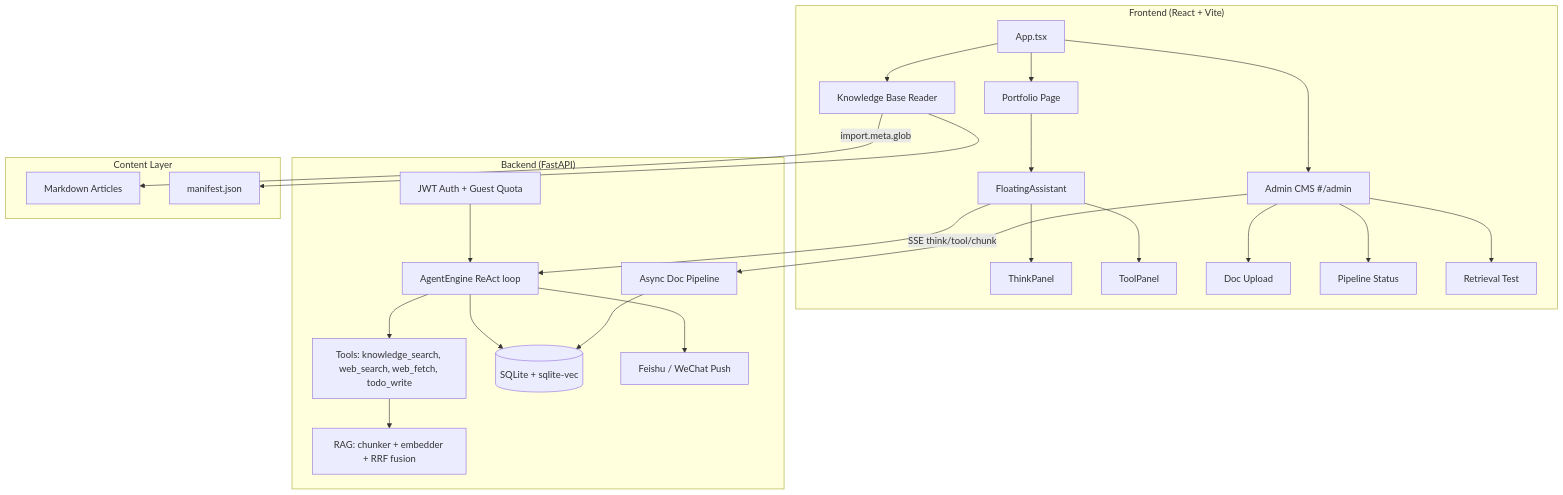
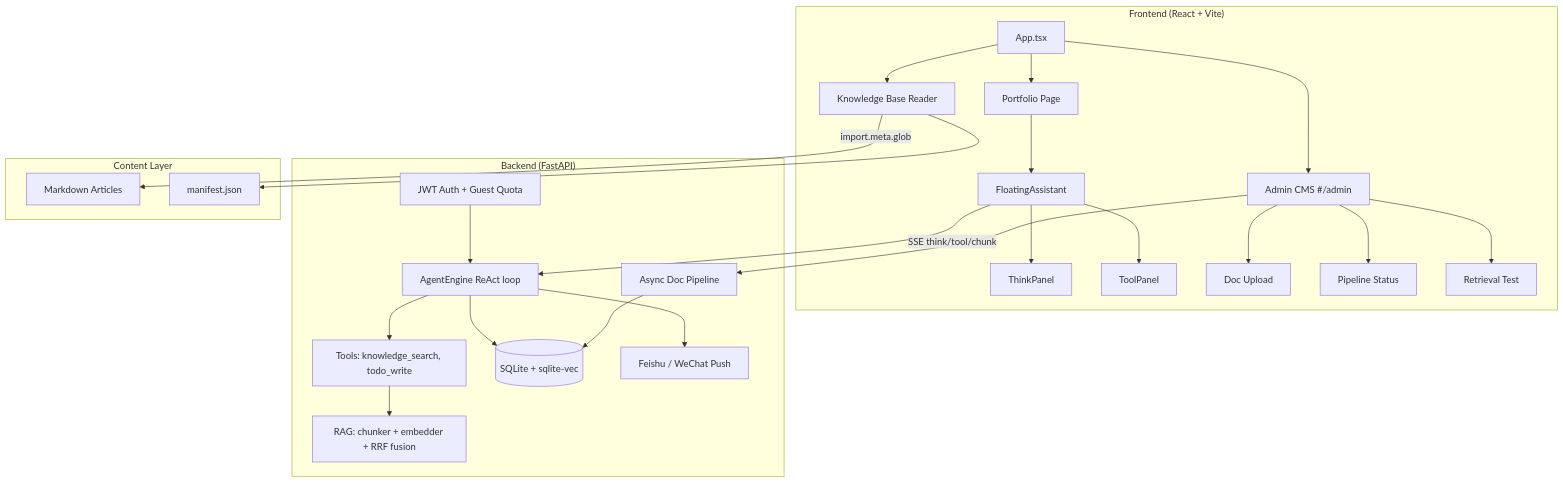
The diagram in portfolio-react/README.md (SirAQing/portfolio-hermes), drawn with Mermaid before and after one commit. The commit also changed other lines of this file and 21 other files, not shown here.

Commit message:
refactor: remove web_search tool, simplify agent prompts and settings

````diff
--- a/portfolio-react/README.md
+++ b/portfolio-react/README.md
@@ -22,42 +22,42 @@
 ```mermaid
 graph TD
     subgraph Frontend["Frontend (React + Vite)"]
         APP[App.tsx]
         APP --> HOME[Portfolio Page]
         APP --> KB[Knowledge Base Reader]
         APP --> ADMIN[Admin CMS #/admin]
         HOME --> CHAT[FloatingAssistant]
         CHAT --> THINK[ThinkPanel]
         CHAT --> TOOL[ToolPanel]
         ADMIN --> UPLOAD[Doc Upload]
         ADMIN --> STATUS[Pipeline Status]
         ADMIN --> SEARCH[Retrieval Test]
     end
 
     subgraph Backend["Backend (FastAPI)"]
         AGENT[AgentEngine ReAct loop]
-        TOOLS[Tools: knowledge_search, web_search, web_fetch, todo_write]
+        TOOLS[Tools: knowledge_search, todo_write]
         RAG[RAG: chunker + embedder + RRF fusion]
         AUTH[JWT Auth + Guest Quota]
         DB[(SQLite + sqlite-vec)]
         NOTIFY[Feishu / WeChat Push]
         PIPE[Async Doc Pipeline]
     end
 
     CHAT -->|SSE think/tool/chunk| AGENT
     AGENT --> TOOLS
     TOOLS --> RAG
     AGENT --> DB
     AGENT --> NOTIFY
     ADMIN --> PIPE
     PIPE --> DB
     AUTH --> AGENT
 
     subgraph Content["Content Layer"]
         MD_FILES[Markdown Articles]
         MANIFEST[manifest.json]
     end
 
     KB -->|import.meta.glob| MD_FILES
     KB --> MANIFEST
 ```
````
